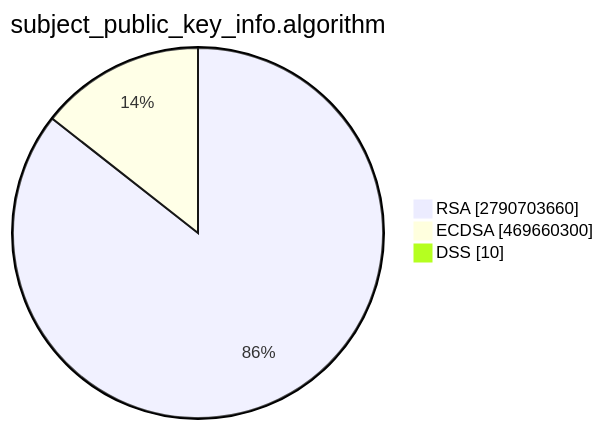
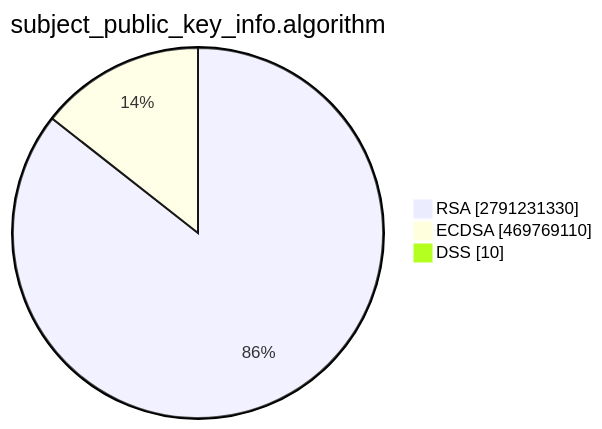
The second of 15 diagrams in TOTAL/README.md (christiankrug/ctmonitor_visualization), drawn with Mermaid before and after one commit. The commit also changed other lines of this file, not shown here.

````diff
--- a/TOTAL/README.md
+++ b/TOTAL/README.md
@@ -6,7 +6,7 @@
 ```mermaid
 pie showData
 title subject_public_key_info.algorithm
-"RSA" :2790703660
-"ECDSA" :469660300
+"RSA" :2791231330
+"ECDSA" :469769110
 "DSS" :10
 ```
````
